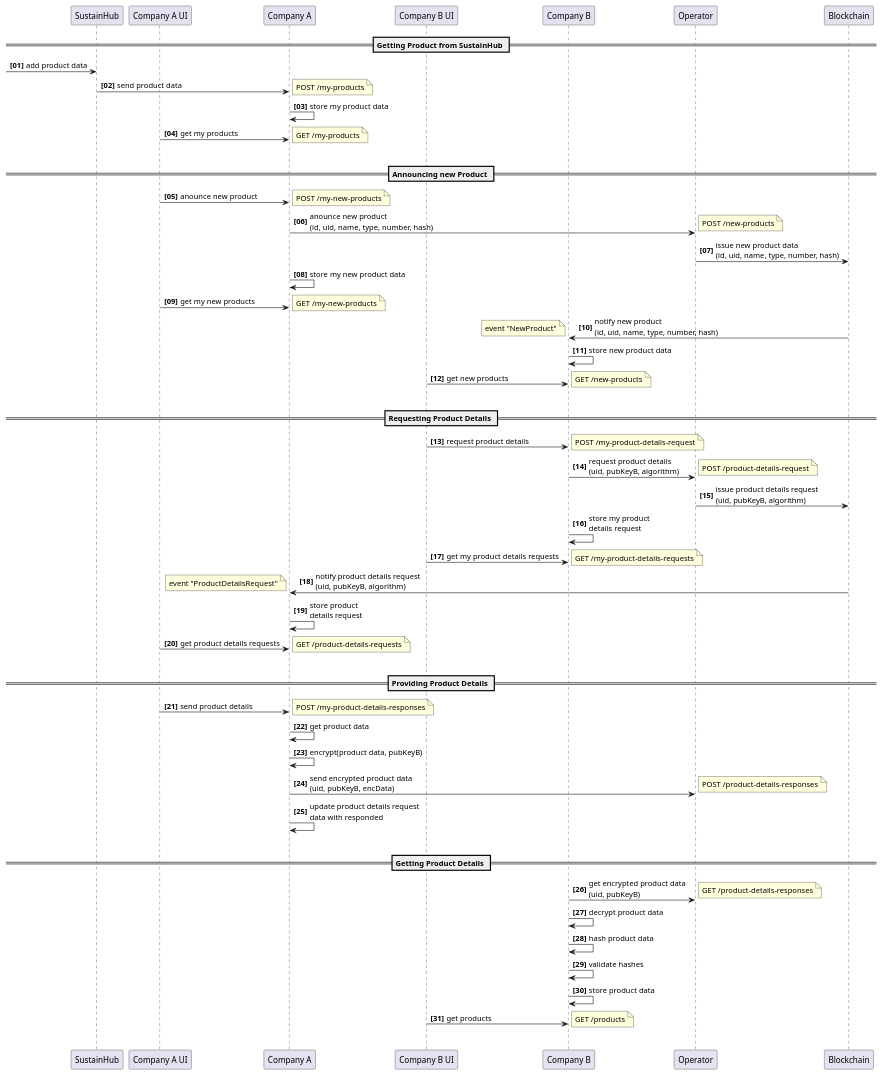
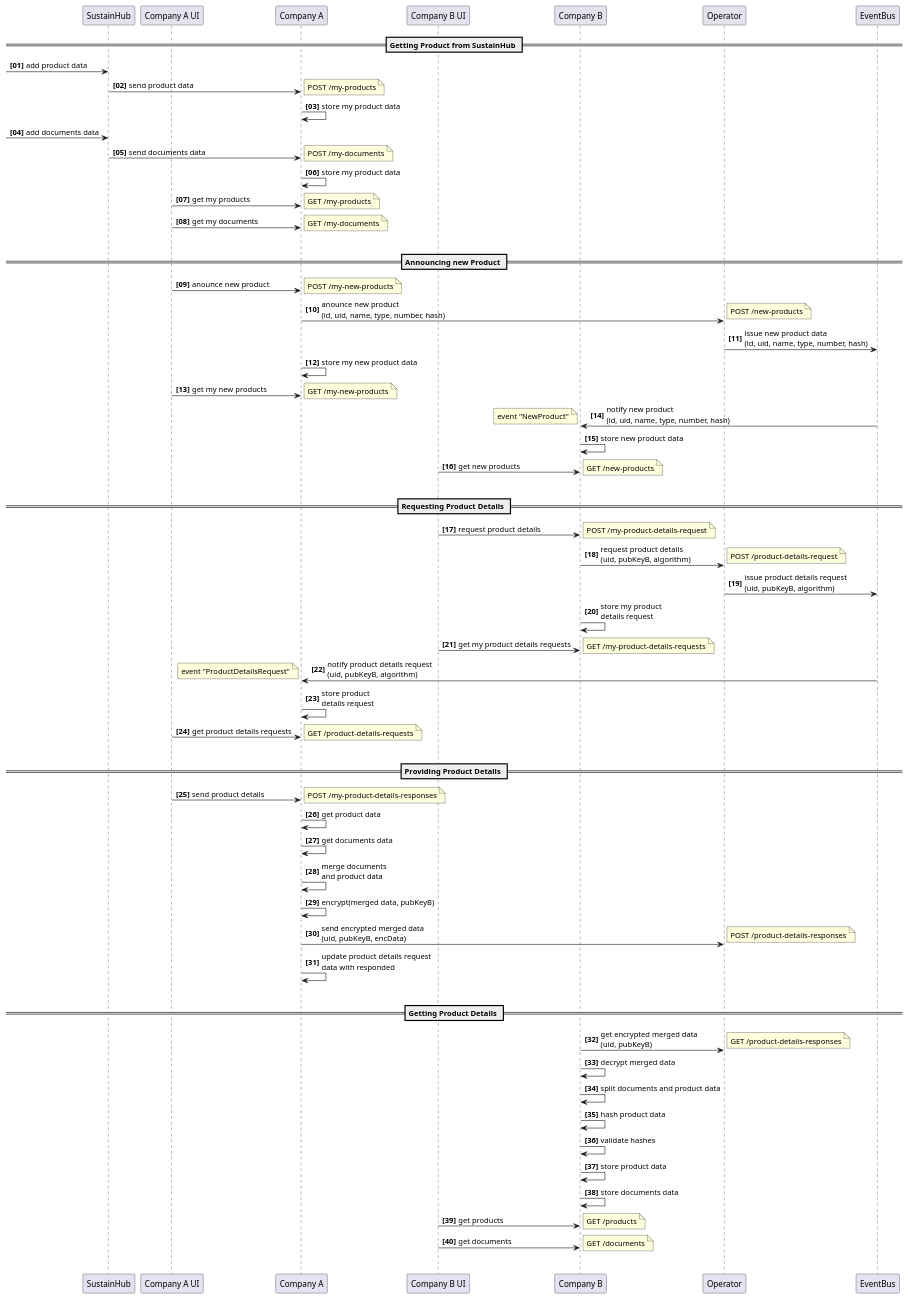
Before and after one commit to chainstep/dibichain-demo: the diagram in docs/plantuml/src/flow.puml, drawn with PlantUML.

Commit message:
add documents handling into flow diagram

```diff
--- a/docs/plantuml/src/flow.puml
+++ b/docs/plantuml/src/flow.puml
@@ -1,113 +1,131 @@
 @startuml
 autonumber "<b>[00]"
 
 participant "SustainHub" as SUS
 participant "Company A UI" as COMPAU
 participant "Company A" as COMPA
 participant "Company B UI" as COMPBU
 participant "Company B" as COMPB
 participant "Operator" as OP
-participant "Blockchain" as BC
+participant "EventBus" as BC
 
 
 == Getting Product from SustainHub ==
 
 -> SUS: add product data
 SUS -> COMPA: send product data 
 note right
     POST /my-products
 end note
 COMPA -> COMPA: store my product data
+-> SUS: add documents data
+SUS -> COMPA: send documents data 
+note right
+    POST /my-documents
+end note
+COMPA -> COMPA: store my product data
 COMPAU -> COMPA: get my products
 note right
     GET /my-products
+end note
+COMPAU -> COMPA: get my documents
+note right
+    GET /my-documents
 end note
 |||
 
 == Announcing new Product ==
 
 COMPAU -> COMPA: anounce new product
 note right
     POST /my-new-products
 end note
 COMPA -> OP: anounce new product\n(id, uid, name, type, number, hash)
 note right
     POST /new-products
 end note
 OP -> BC: issue new product data\n(id, uid, name, type, number, hash)
 COMPA -> COMPA: store my new product data
 COMPAU -> COMPA: get my new products
 note right
     GET /my-new-products
 end note
 BC -> COMPB: notify new product\n(id, uid, name, type, number, hash)
 note left
     event "NewProduct"
 end note
 COMPB -> COMPB: store new product data
 COMPBU -> COMPB: get new products
 note right
     GET /new-products
 end note
 |||
 
 == Requesting Product Details ==
 
 COMPBU -> COMPB: request product details
 note right
     POST /my-product-details-request
 end note
 COMPB -> OP: request product details\n(uid, pubKeyB, algorithm)
 note right
     POST /product-details-request
 end note
 OP -> BC: issue product details request\n(uid, pubKeyB, algorithm)
 COMPB -> COMPB: store my product\ndetails request
 COMPBU -> COMPB: get my product details requests
 note right
     GET /my-product-details-requests
 end note
 BC -> COMPA: notify product details request\n(uid, pubKeyB, algorithm)
 note left
     event "ProductDetailsRequest"
 end note
 COMPA -> COMPA: store product\ndetails request
 COMPAU -> COMPA: get product details requests
 note right
     GET /product-details-requests
 end note
 |||
 
 == Providing Product Details ==
 COMPAU -> COMPA: send product details
 note right
     POST /my-product-details-responses
 end note
 
 COMPA -> COMPA: get product data
-COMPA -> COMPA: encrypt(product data, pubKeyB)
-COMPA -> OP: send encrypted product data\n(uid, pubKeyB, encData)
+COMPA -> COMPA: get documents data
+COMPA -> COMPA: merge documents\nand product data
+COMPA -> COMPA: encrypt(merged data, pubKeyB)
+COMPA -> OP: send encrypted merged data\n(uid, pubKeyB, encData)
 note right
     POST /product-details-responses
 end note
 COMPA -> COMPA: update product details request\ndata with responded
 |||
 
 == Getting Product Details ==
 
-COMPB -> OP: get encrypted product data\n(uid, pubKeyB)
+COMPB -> OP: get encrypted merged data\n(uid, pubKeyB)
 note right
     GET /product-details-responses
 end note
-COMPB -> COMPB: decrypt product data
+COMPB -> COMPB: decrypt merged data
+COMPB -> COMPB: split documents and product data
 COMPB -> COMPB: hash product data
 COMPB -> COMPB: validate hashes
 COMPB -> COMPB: store product data
+COMPB -> COMPB: store documents data
 COMPBU -> COMPB: get products
 note right
     GET /products
+end note
+COMPBU -> COMPB: get documents
+note right
+    GET /documents
 end note
 
 |||
 
 @enduml
```
